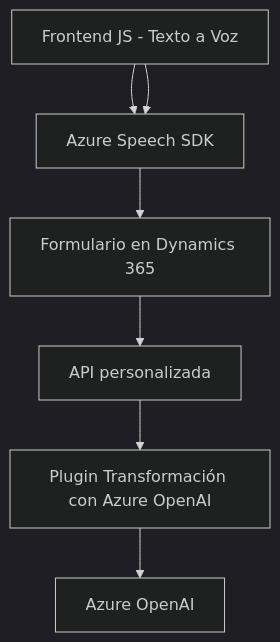
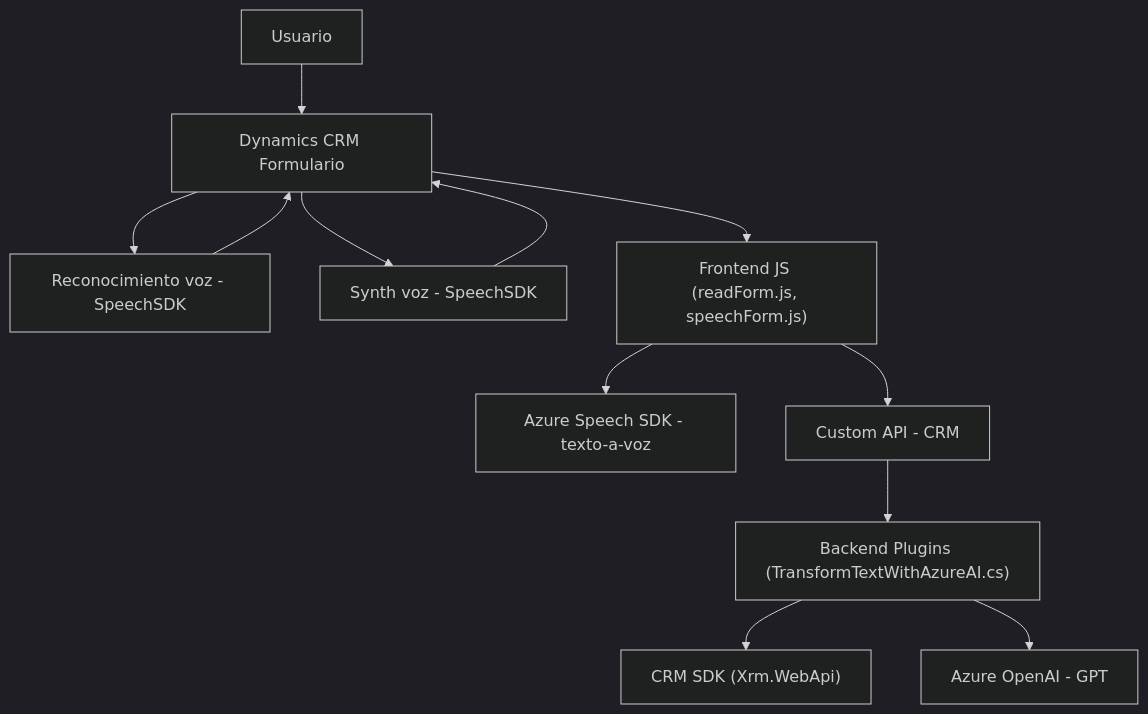
Before and after one commit to blopezdm/NETCORE_BILBAO2025: the diagram in README.md, drawn with Mermaid (dark theme). The commit also changed other lines of this file, not shown here.

Commit message:
Actualizar análisis global de la solución con IA

````diff
--- a/README.md
+++ b/README.md
@@ -35,9 +45,14 @@
 ```mermaid
 graph TD
-    A["Frontend JS - Voz a Texto"] --> B["Azure Speech SDK"]
-    A["Frontend JS - Texto a Voz"] --> B["Azure Speech SDK"]
-    B["Azure Speech SDK"] --> C["Formulario en Dynamics 365"]
-    C["Formulario en Dynamics 365"] --> D["API personalizada"]
-    D["API personalizada"] --> E["Plugin Transformación con Azure OpenAI"]
-    E["Plugin Transformación con Azure OpenAI"] --> F["Azure OpenAI"]
+    A["Usuario"] --> B["Dynamics CRM Formulario"]
+    B --> C["Reconocimiento voz - SpeechSDK"]
+    B --> D["Synth voz - SpeechSDK"]
+    C --> B
+    D --> B
+    B --> E["Frontend JS (readForm.js, speechForm.js)"]
+    E --> F["Azure Speech SDK - texto-a-voz"]
+    E --> G["Custom API - CRM"]
+    G --> H["Backend Plugins (TransformTextWithAzureAI.cs)"]
+    H --> I["CRM SDK (Xrm.WebApi)"]
+    H --> J["Azure OpenAI - GPT"]
 ```
````
